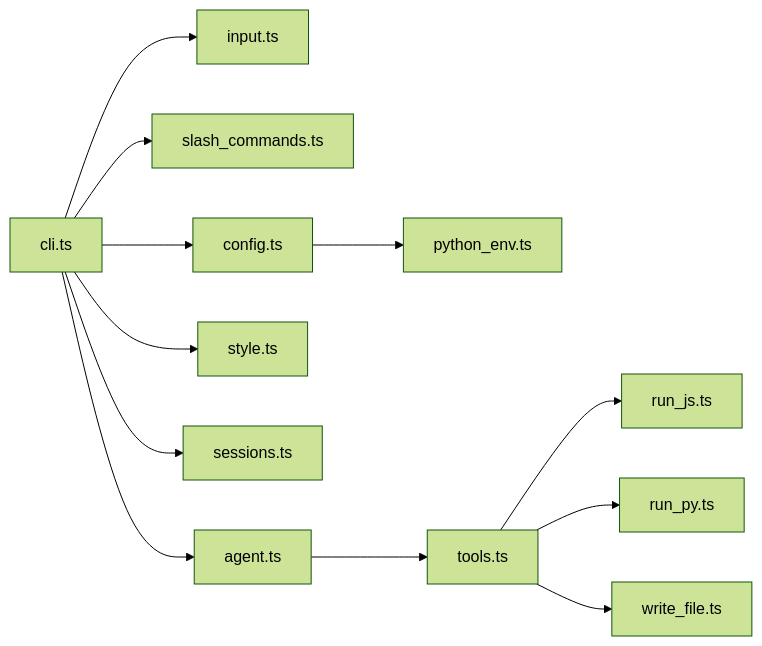
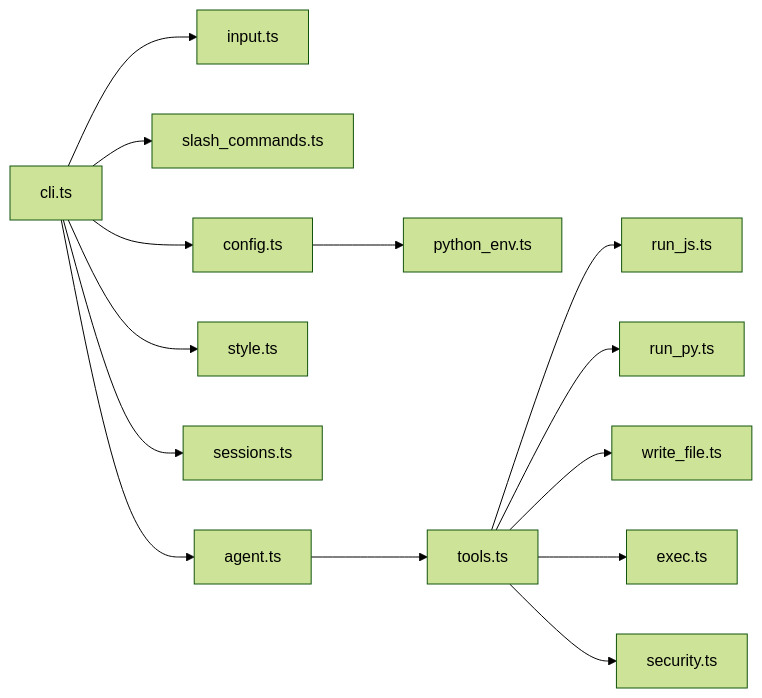
The third of 3 diagrams in .qoder/repowiki/zh/content/CLI 界面.md (HAOFUYANG/onion-code), drawn with Mermaid (forest theme) before and after one commit. The commit also changed other lines of this file and 7 other files, not shown here.

````diff
--- a/.qoder/repowiki/zh/content/CLI 界面.md
+++ b/.qoder/repowiki/zh/content/CLI 界面.md
@@ -214,14 +240,16 @@
 ```mermaid
 graph LR
 CLI["cli.ts"] --> INPUT["input.ts"]
 CLI --> SLASH["slash_commands.ts"]
 CLI --> AGENT["agent.ts"]
 CLI --> STYLE["style.ts"]
 CLI --> SESSIONS["sessions.ts"]
 CLI --> CONFIG["config.ts"]
 CONFIG --> PYENV["python_env.ts"]
 AGENT --> TOOLS["tools.ts"]
 TOOLS --> RUNJS["run_js.ts"]
 TOOLS --> RUNPY["run_py.ts"]
 TOOLS --> WRITEFILE["write_file.ts"]
+TOOLS --> EXEC["exec.ts"]
+TOOLS --> SECURITY["security.ts"]
 ```
````
